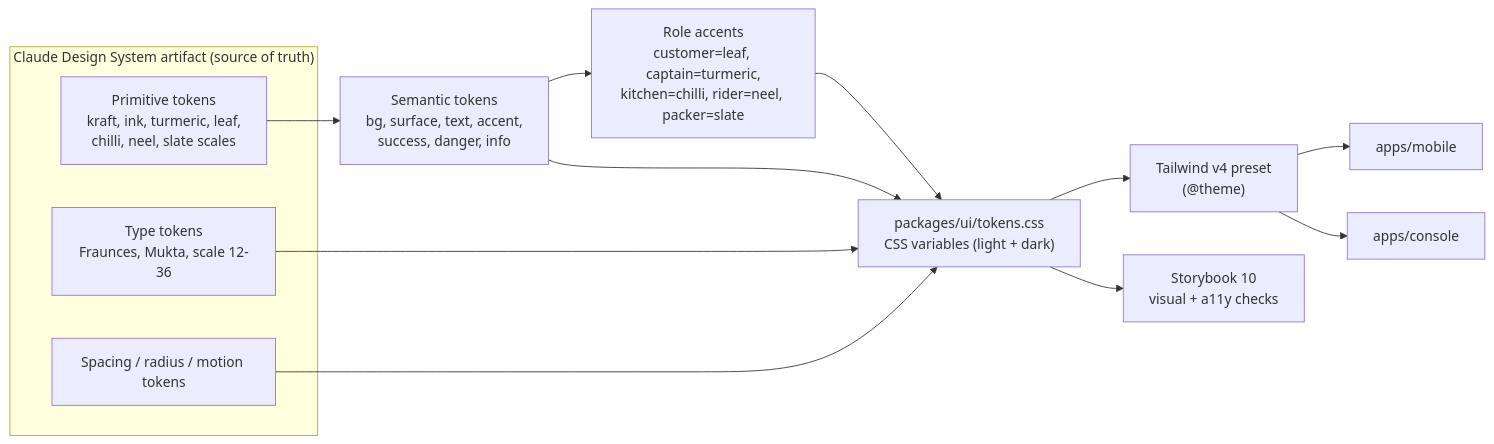
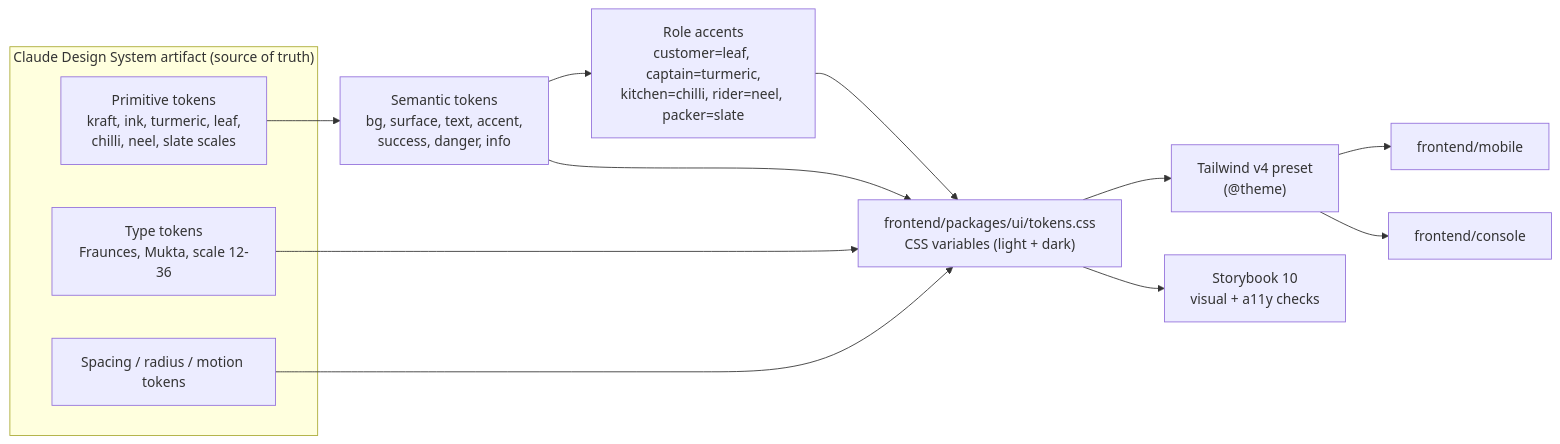
Before and after one commit to prelekar7/GharBasket: the first of 8 diagrams in docs/handbook/09-frontend-and-design.md, drawn with Mermaid. The commit also changed other lines of this file and 154 other files, not shown here.

````diff
--- a/docs/handbook/09-frontend-and-design.md
+++ b/docs/handbook/09-frontend-and-design.md
@@ -52,18 +52,18 @@
 ```mermaid
 flowchart LR
     subgraph DS["Claude Design System artifact (source of truth)"]
         P["Primitive tokens<br/>kraft, ink, turmeric, leaf,<br/>chilli, neel, slate scales"]
         T["Type tokens<br/>Fraunces, Mukta, scale 12-36"]
         S["Spacing / radius / motion tokens"]
     end
     P --> SEM["Semantic tokens<br/>bg, surface, text, accent,<br/>success, danger, info"]
     SEM --> ROLE["Role accents<br/>customer=leaf, captain=turmeric,<br/>kitchen=chilli, rider=neel, packer=slate"]
-    SEM --> CSS["packages/ui/tokens.css<br/>CSS variables (light + dark)"]
+    SEM --> CSS["frontend/packages/ui/tokens.css<br/>CSS variables (light + dark)"]
     T --> CSS
     S --> CSS
     ROLE --> CSS
     CSS --> TW["Tailwind v4 preset<br/>(@theme)"]
-    TW --> MOB["apps/mobile"]
-    TW --> CON["apps/console"]
+    TW --> MOB["frontend/mobile"]
+    TW --> CON["frontend/console"]
     CSS --> SB["Storybook 10<br/>visual + a11y checks"]
 ```
````
